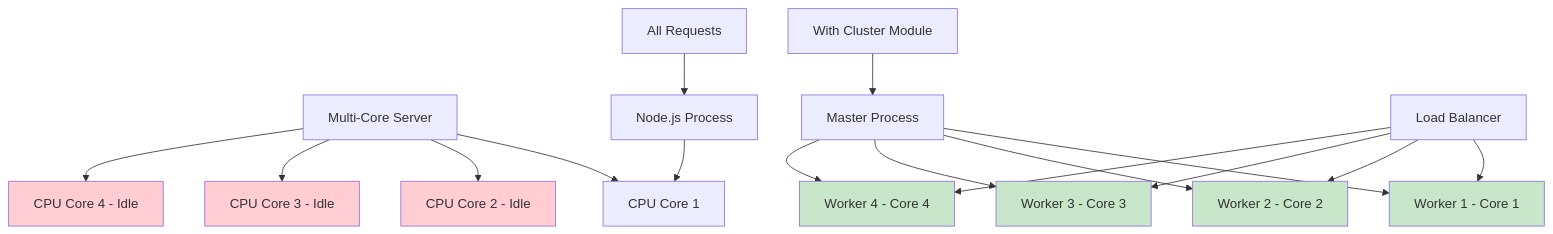
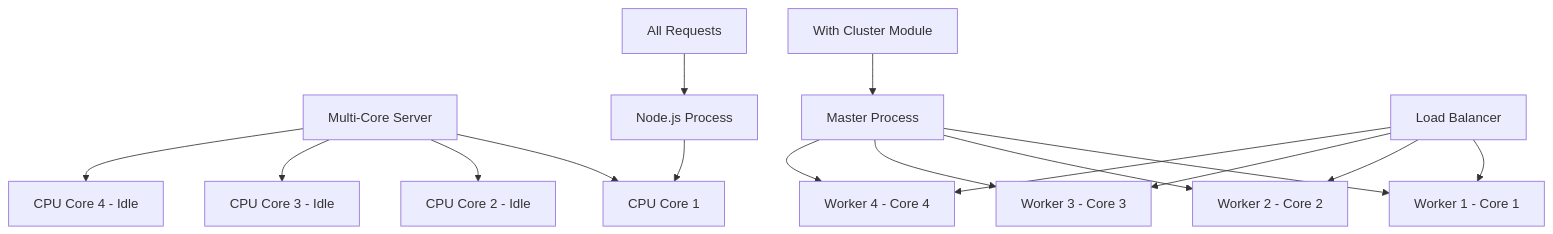
The diagram in public/api/articles/cluster.md (shapkarin/shapkarin.me), drawn with Mermaid before and after one commit. The commit also changed other lines of this file and 67 other files, not shown here.

````diff
--- a/public/api/articles/cluster.md
+++ b/public/api/articles/cluster.md
@@ -32,29 +38,21 @@
 ```mermaid
 graph TD
     A[Multi-Core Server] --> B[CPU Core 1]
     A --> C[CPU Core 2 - Idle]
     A --> D[CPU Core 3 - Idle]
     A --> E[CPU Core 4 - Idle]
     
     F[Node.js Process] --> B
     G[All Requests] --> F
     
     H[With Cluster Module] --> I[Master Process]
     I --> J[Worker 1 - Core 1]
     I --> K[Worker 2 - Core 2]
     I --> L[Worker 3 - Core 3]
     I --> M[Worker 4 - Core 4]
     
     N[Load Balancer] --> J
     N --> K
     N --> L
     N --> M
-    
-    style C fill:#ffcdd2
-    style D fill:#ffcdd2
-    style E fill:#ffcdd2
-    style J fill:#c8e6c9
-    style K fill:#c8e6c9
-    style L fill:#c8e6c9
-    style M fill:#c8e6c9
 ```
````
